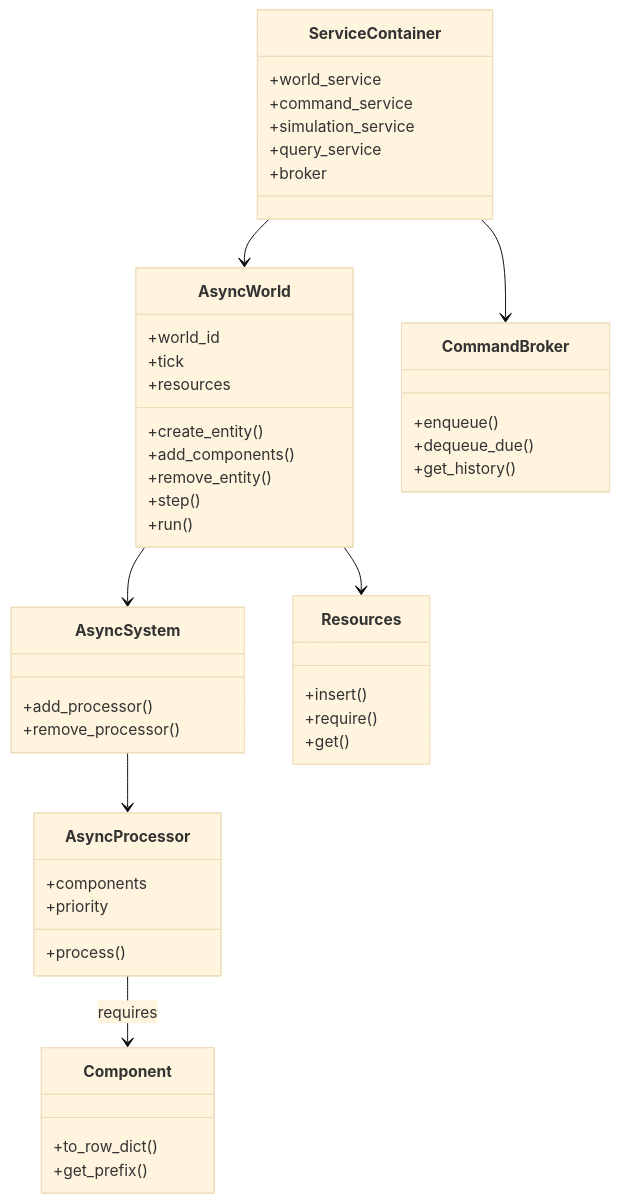
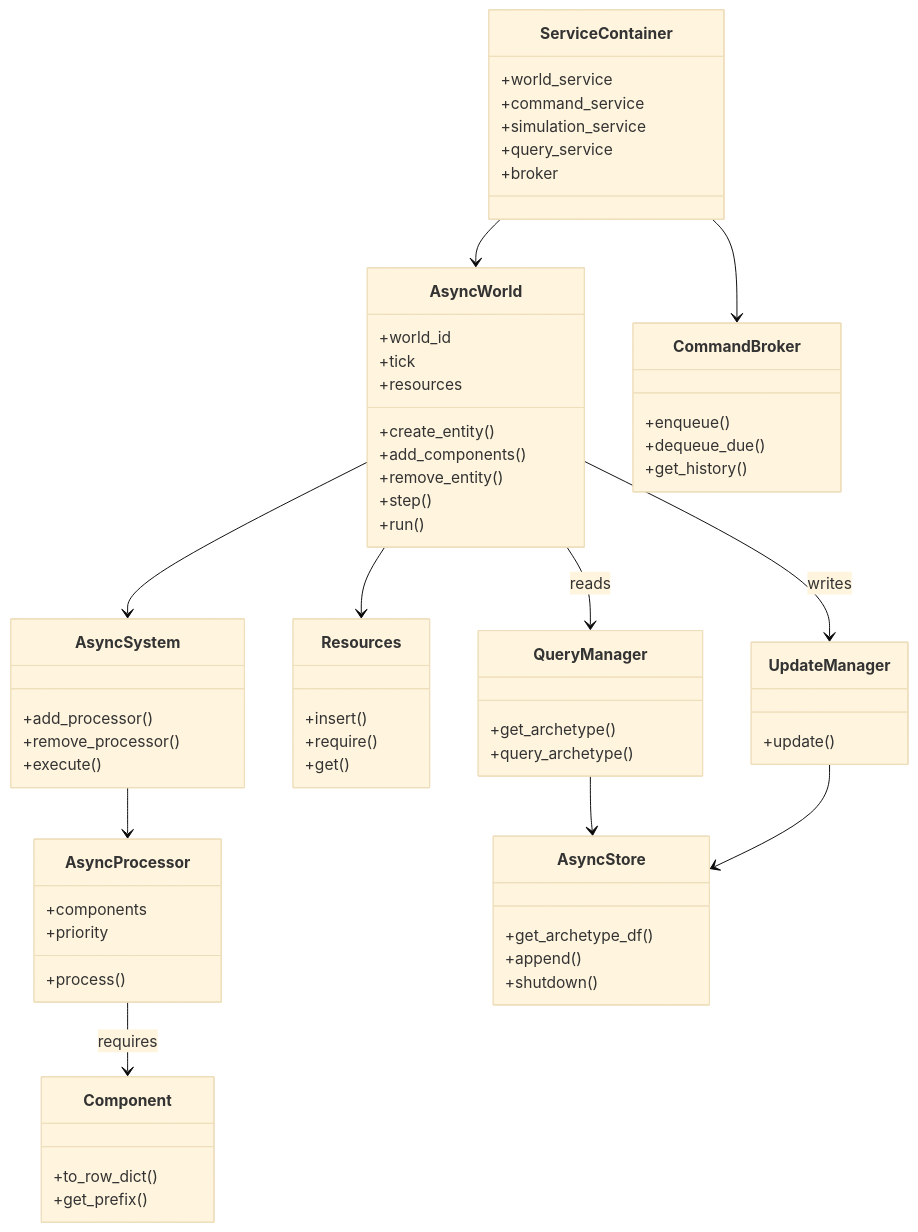
One commit to VangelisTech/archetype changed the diagram in docs/guide/architecture.md. Above: the diagram before and after it, drawn with Mermaid (base theme).

Commit message:
docs: add Store, QueryManager, UpdateManager to architecture diagram
The ECS core has three storage abstractions that were missing:
- AsyncStore: get_archetype_df, append, shutdown
- QueryManager: reads from store (AsyncWorld depends on this)
- UpdateManager: writes to store (AsyncWorld depends on this)

````diff
--- a/docs/guide/architecture.md
+++ b/docs/guide/architecture.md
@@ -7,49 +7,66 @@
 ```mermaid
 classDiagram
     class Component {
         +to_row_dict()
         +get_prefix()
     }
     class AsyncWorld {
         +world_id
         +tick
         +resources
         +create_entity()
         +add_components()
         +remove_entity()
         +step()
         +run()
     }
     class AsyncProcessor {
         +components
         +priority
         +process()
     }
     class AsyncSystem {
         +add_processor()
         +remove_processor()
+        +execute()
     }
     class Resources {
         +insert()
         +require()
         +get()
+    }
+    class AsyncStore {
+        +get_archetype_df()
+        +append()
+        +shutdown()
+    }
+    class QueryManager {
+        +get_archetype()
+        +query_archetype()
+    }
+    class UpdateManager {
+        +update()
     }
     class CommandBroker {
         +enqueue()
         +dequeue_due()
         +get_history()
     }
     class ServiceContainer {
         +world_service
         +command_service
         +simulation_service
         +query_service
         +broker
     }
     AsyncWorld --> AsyncSystem
     AsyncWorld --> Resources
+    AsyncWorld --> QueryManager : reads
+    AsyncWorld --> UpdateManager : writes
     AsyncSystem --> AsyncProcessor
+    QueryManager --> AsyncStore
+    UpdateManager --> AsyncStore
     ServiceContainer --> CommandBroker
     ServiceContainer --> AsyncWorld
     AsyncProcessor --> Component : requires
 ```
````
